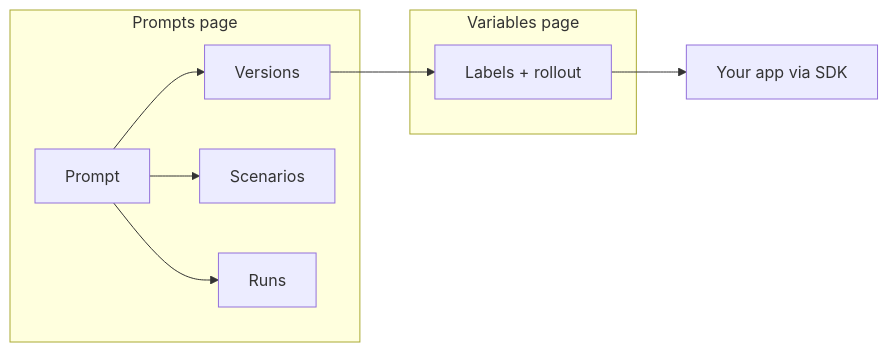
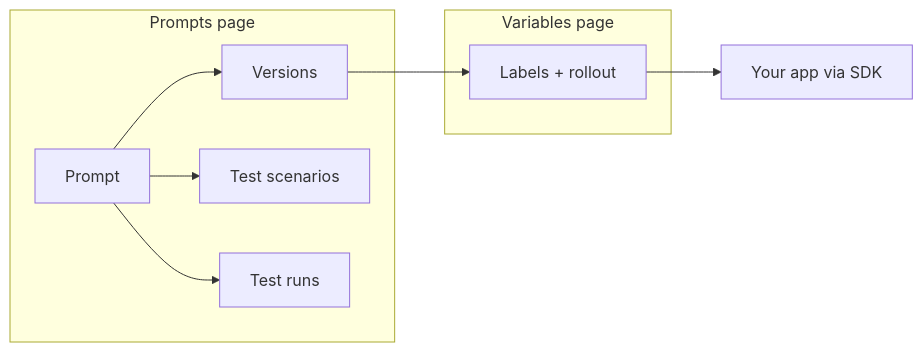
Before and after one commit to pydantic/logfire: the diagram in docs/reference/advanced/prompt-management/index.md, drawn with Mermaid. The commit also changed other lines of this file and 11 other files, not shown here.

````diff
--- a/docs/reference/advanced/prompt-management/index.md
+++ b/docs/reference/advanced/prompt-management/index.md
@@ -19,19 +25,19 @@
 ```mermaid
 flowchart LR
     subgraph Prompts page
       P[Prompt]
       V[Versions]
-      SC[Scenarios]
-      R[Runs]
+      SC[Test scenarios]
+      R[Test runs]
     end
     subgraph Variables page
       L[Labels + rollout]
     end
     SDK[Your app via SDK]
 
     P --> V
     P --> SC
     P --> R
     V --> L
     L --> SDK
 ```
````
